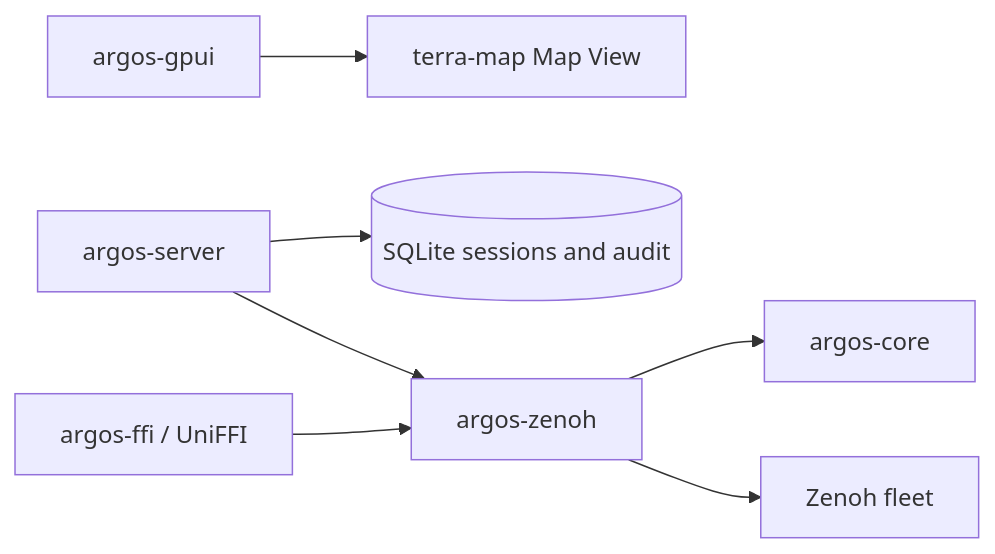
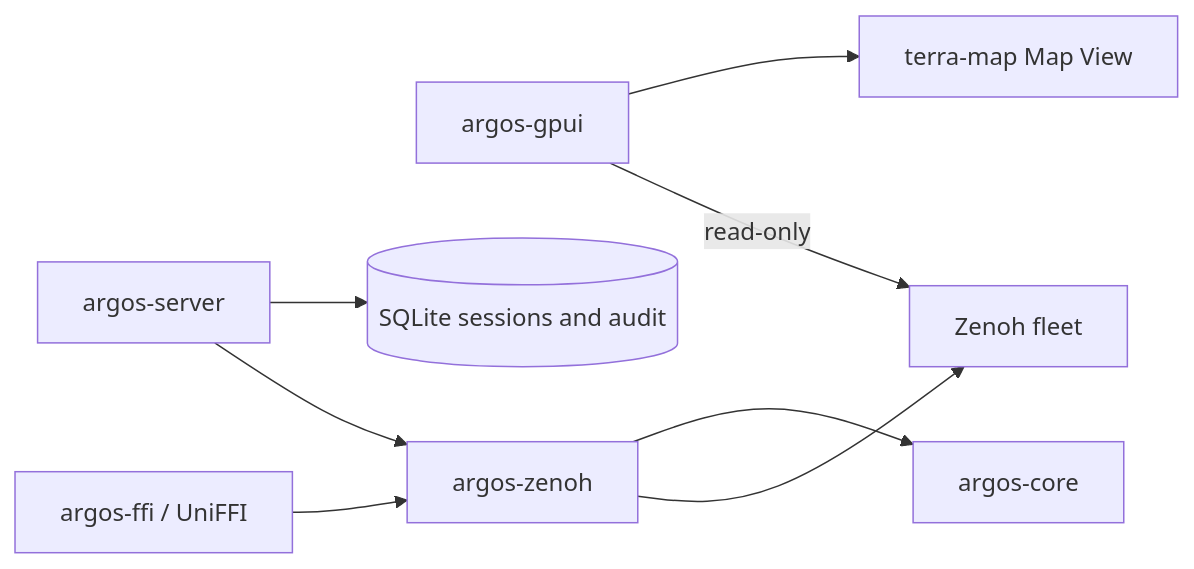
Before and after one commit to Super-Yojan/ARGOS: the diagram in docs/DESIGN.md, drawn with Mermaid. The commit also changed other lines of this file and 16 other files, not shown here.

````diff
--- a/docs/DESIGN.md
+++ b/docs/DESIGN.md
@@ -5,9 +5,10 @@
 ```mermaid
 flowchart LR
   gpui[argos-gpui] --> map[terra-map Map View]
+  gpui -->|read-only| bus[Zenoh fleet]
   service[argos-server] --> store[(SQLite sessions and audit)]
   service --> zenoh[argos-zenoh]
   zenoh --> core[argos-core]
-  zenoh --> bus[Zenoh fleet]
+  zenoh --> bus
   ffi[argos-ffi / UniFFI] --> zenoh
 ```
````
